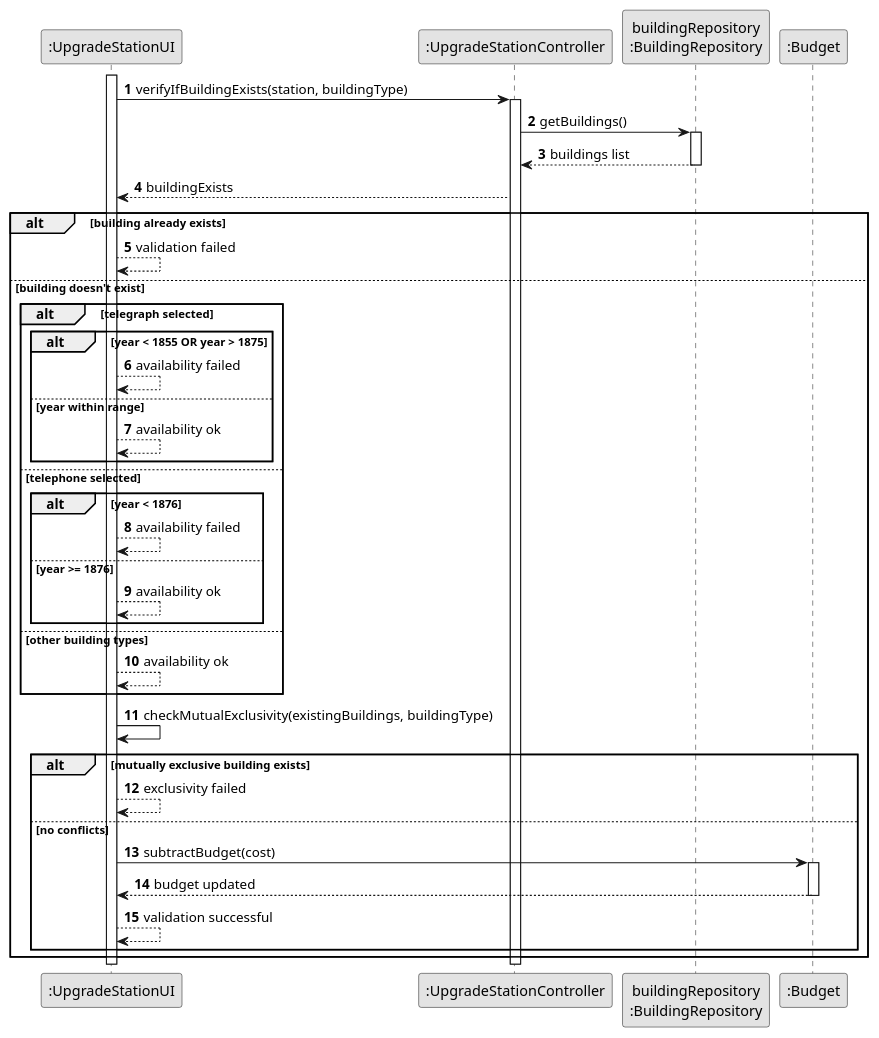
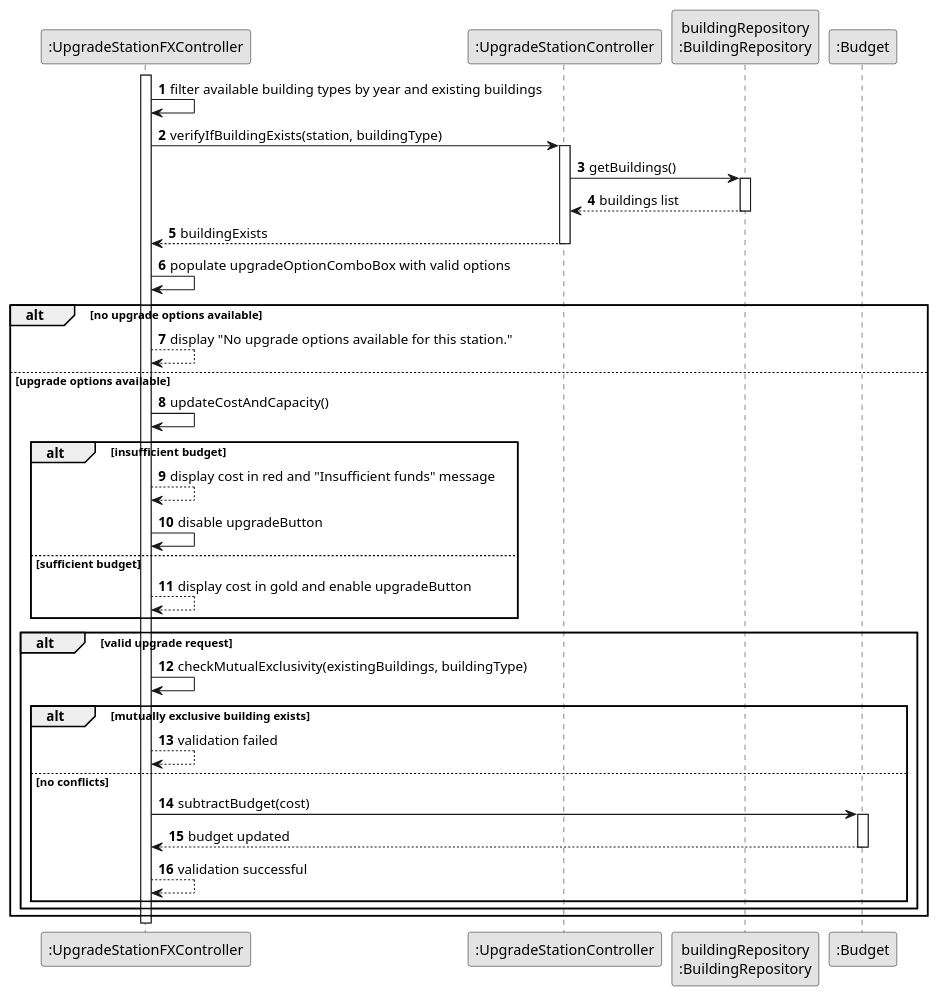
Before and after one commit to goncalolopesp/sem2-pi-24.25-g093-repo: the diagram in docs/system-documentation/US006/03.design/puml/US006-SD-validateUpgrade.puml, drawn with PlantUML. The commit also changed 10 other files, not shown here.

```diff
--- a/docs/system-documentation/US006/03.design/puml/US006-SD-validateUpgrade.puml
+++ b/docs/system-documentation/US006/03.design/puml/US006-SD-validateUpgrade.puml
@@ -1,59 +1,58 @@
 @startuml US006-SD-validateUpgrade
 skinparam monochrome true
 skinparam packageStyle rectangle
 skinparam shadowing false
 
 autonumber
 
-participant ":UpgradeStationUI" as UpgradeStationUI
-participant ":UpgradeStationController" as UpgradeStationController
+participant ":UpgradeStationFXController" as Controller
+participant ":UpgradeStationController" as UpgradeController
 participant "buildingRepository\n:BuildingRepository" as BuildingRepository
 participant ":Budget" as Budget
 
-activate UpgradeStationUI
-UpgradeStationUI -> UpgradeStationController : verifyIfBuildingExists(station, buildingType)
-activate UpgradeStationController
+activate Controller
 
-UpgradeStationController -> BuildingRepository : getBuildings()
+Controller -> Controller : filter available building types by year and existing buildings
+Controller -> UpgradeController : verifyIfBuildingExists(station, buildingType)
+activate UpgradeController
+
+UpgradeController -> BuildingRepository : getBuildings()
 activate BuildingRepository
-BuildingRepository --> UpgradeStationController : buildings list
+BuildingRepository --> UpgradeController : buildings list
 deactivate BuildingRepository
+UpgradeController --> Controller : buildingExists
+deactivate UpgradeController
 
-UpgradeStationController --> UpgradeStationUI : buildingExists
+Controller -> Controller : populate upgradeOptionComboBox with valid options
 
-alt building already exists
-    UpgradeStationUI --> UpgradeStationUI : validation failed
-else building doesn't exist
-    alt telegraph selected
-        alt year < 1855 OR year > 1875
-            UpgradeStationUI --> UpgradeStationUI : availability failed
-        else year within range
-            UpgradeStationUI --> UpgradeStationUI : availability ok
+alt no upgrade options available
+    Controller --> Controller : display "No upgrade options available for this station."
+else upgrade options available
+    Controller -> Controller : updateCostAndCapacity()
+
+    alt insufficient budget
+        Controller --> Controller : display cost in red and "Insufficient funds" message
+        Controller -> Controller : disable upgradeButton
+    else sufficient budget
+        Controller --> Controller : display cost in gold and enable upgradeButton
+    end
+
+    alt valid upgrade request
+        Controller -> Controller : checkMutualExclusivity(existingBuildings, buildingType)
+
+        alt mutually exclusive building exists
+            Controller --> Controller : validation failed
+        else no conflicts
+            Controller -> Budget : subtractBudget(cost)
+            activate Budget
+            Budget --> Controller : budget updated
+            deactivate Budget
+
+            Controller --> Controller : validation successful
         end
-    else telephone selected
-        alt year < 1876
-            UpgradeStationUI --> UpgradeStationUI : availability failed
-        else year >= 1876
-            UpgradeStationUI --> UpgradeStationUI : availability ok
-        end
-    else other building types
-        UpgradeStationUI --> UpgradeStationUI : availability ok
-    end
-    UpgradeStationUI -> UpgradeStationUI : checkMutualExclusivity(existingBuildings, buildingType)
-
-    alt mutually exclusive building exists
-        UpgradeStationUI --> UpgradeStationUI : exclusivity failed
-    else no conflicts
-        UpgradeStationUI -> Budget : subtractBudget(cost)
-        activate Budget
-        Budget --> UpgradeStationUI : budget updated
-        deactivate Budget
-
-        UpgradeStationUI --> UpgradeStationUI : validation successful
     end
 end
 
-deactivate UpgradeStationController
-deactivate UpgradeStationUI
+deactivate Controller
 
 @enduml
```
